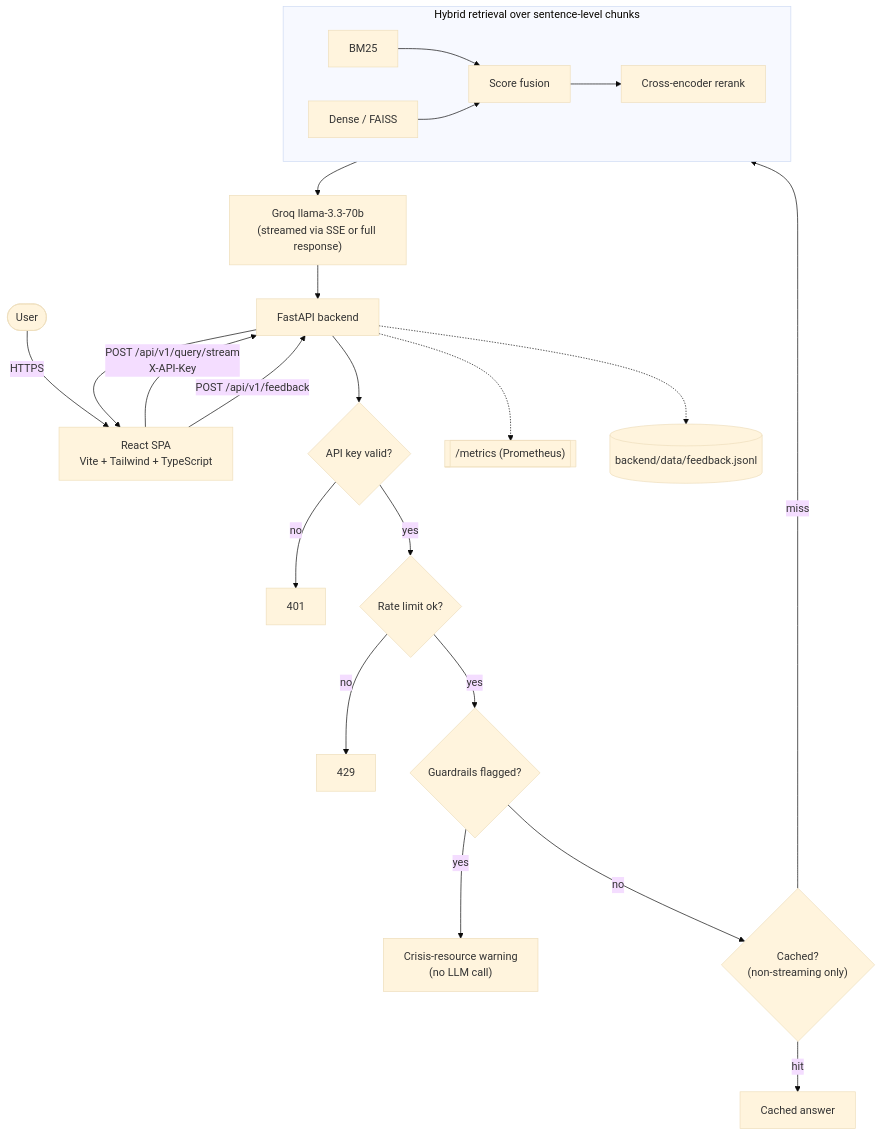
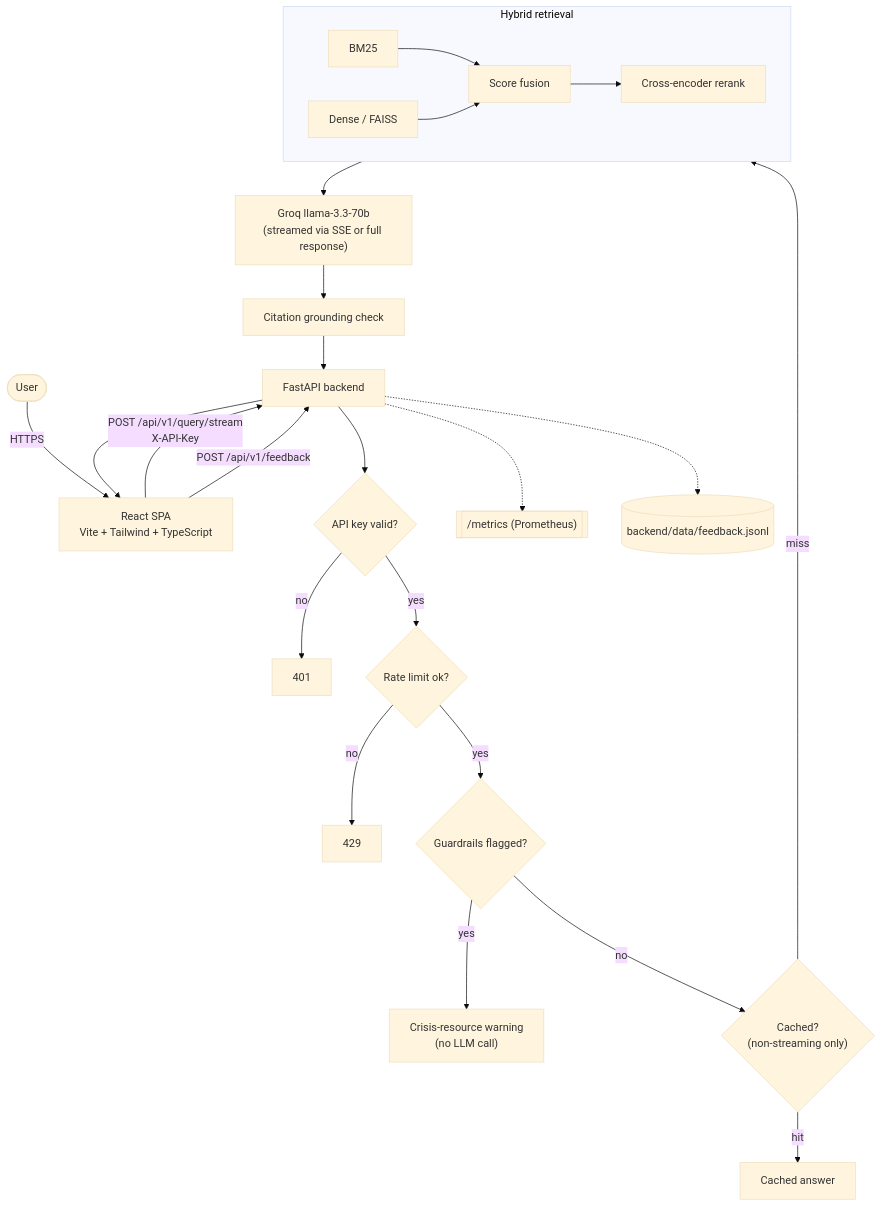
One commit to nishmethuku/healthlens changed the diagram in README.md. Above: the diagram before and after it, drawn with Mermaid (base theme). The commit also changed other lines of this file and 21 other files, not shown here.

````diff
--- a/README.md
+++ b/README.md
@@ -34,30 +42,31 @@
 ```mermaid
 flowchart TD
     User([User]) -->|HTTPS| FE["React SPA<br/>Vite + Tailwind + TypeScript"]
     FE -->|"POST /api/v1/query/stream<br/>X-API-Key"| API[FastAPI backend]
     FE -->|POST /api/v1/feedback| API
 
     API --> Auth{"API key valid?"}
     Auth -->|no| R401["401"]
     Auth -->|yes| RL{"Rate limit ok?"}
     RL -->|no| R429["429"]
     RL -->|yes| GR{"Guardrails flagged?"}
     GR -->|yes| Warn["Crisis-resource warning<br/>(no LLM call)"]
     GR -->|no| Cache{"Cached?<br/>(non-streaming only)"}
     Cache -->|hit| CachedResp["Cached answer"]
     Cache -->|miss| Retrieval
 
-    subgraph Retrieval["Hybrid retrieval over sentence-level chunks"]
+    subgraph Retrieval["Hybrid retrieval"]
         direction LR
         BM25["BM25"] --> Fusion["Score fusion"]
         Dense["Dense / FAISS"] --> Fusion
         Fusion --> Rerank["Cross-encoder rerank"]
     end
 
     Rerank --> LLM["Groq llama-3.3-70b<br/>(streamed via SSE or full response)"]
-    LLM --> API
+    LLM --> Check["Citation grounding check"]
+    Check --> API
     API --> FE
 
     API -.-> Metrics[["/metrics (Prometheus)"]]
     API -.-> FeedbackLog[("backend/data/feedback.jsonl")]
 ```
````
